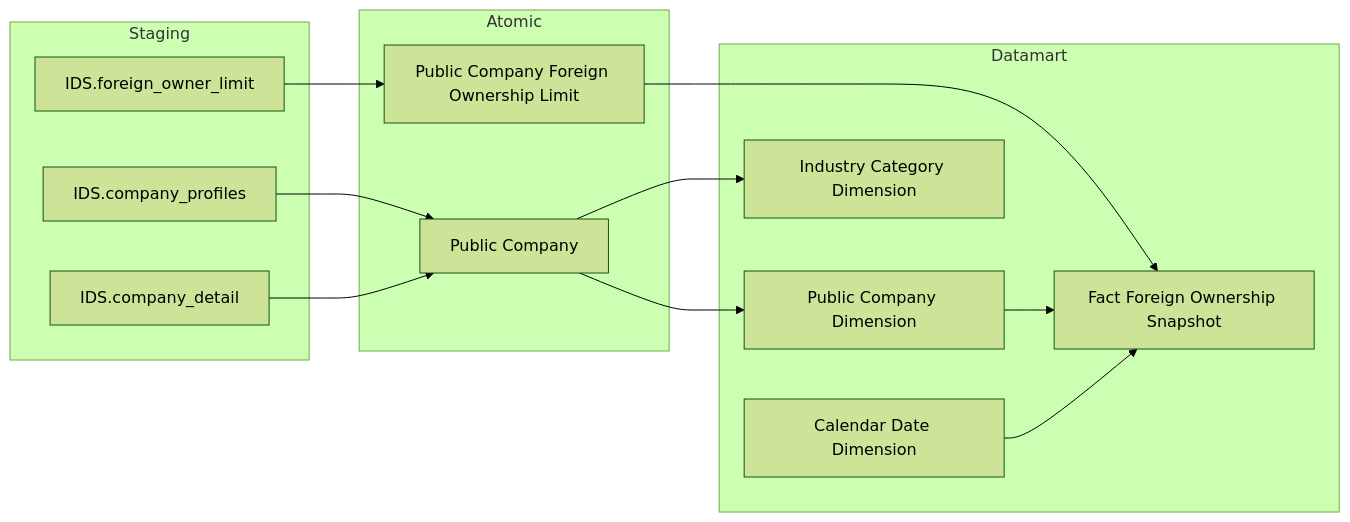
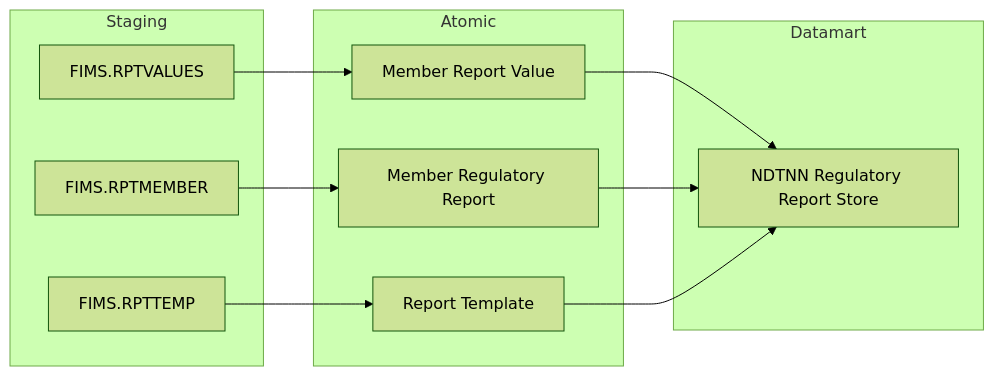
Before and after one commit to linhlvit/ubck_atomic_design: the seventh of 34 diagrams in Datamart/hld/DTM_NDTNN_HLD.md, drawn with Mermaid (forest theme). The commit also changed other lines of this file and 10 other files, not shown here.

````diff
--- a/Datamart/hld/DTM_NDTNN_HLD.md
+++ b/Datamart/hld/DTM_NDTNN_HLD.md
@@ -229,31 +250,26 @@
 ```mermaid
 flowchart LR
     subgraph SRC["Staging"]
-        S1["IDS.foreign_owner_limit"]
-        S2["IDS.company_profiles"]
-        S3["IDS.company_detail"]
+        S1["FIMS.RPTVALUES"]
+        S2["FIMS.RPTMEMBER"]
+        S3["FIMS.RPTTEMP"]
     end
 
     subgraph SIL["Atomic"]
-        SV1["Public Company Foreign Ownership Limit"]
-        SV2["Public Company"]
+        SV1["Member Report Value"]
+        SV2["Member Regulatory Report"]
+        SV3["Report Template"]
     end
 
     subgraph Datamart["Datamart"]
-        G1["Fact Foreign Ownership Snapshot"]
-        G2["Public Company Dimension"]
-        G3["Industry Category Dimension"]
-        G4["Calendar Date Dimension"]
+        G1["NDTNN Regulatory Report Store"]
     end
 
     S1 --> SV1
     S2 --> SV2
-    S3 --> SV2
+    S3 --> SV3
 
     SV1 --> G1
-    SV2 --> G2
-    SV2 --> G3
-
-    G2 --> G1
-    G4 --> G1
+    SV2 --> G1
+    SV3 --> G1
 ```
````
